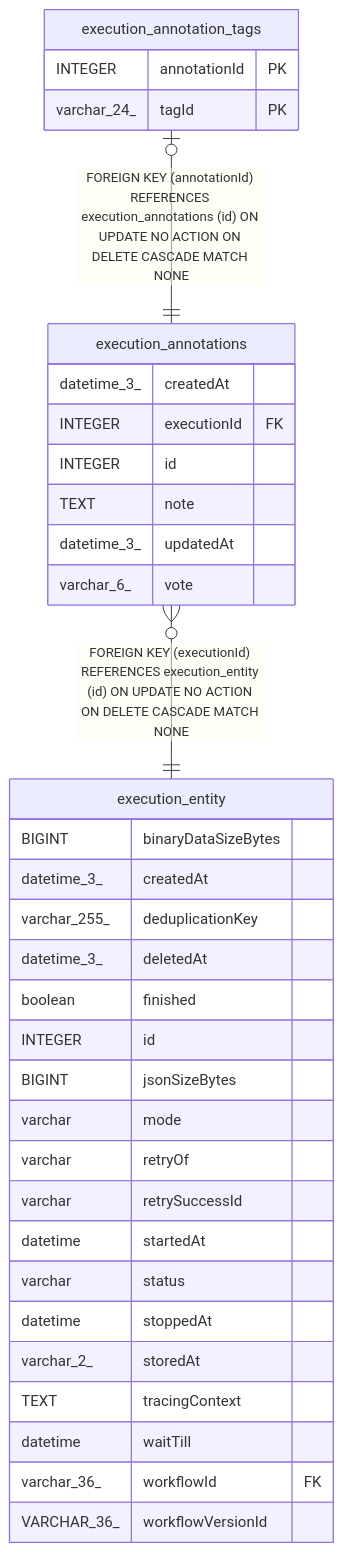
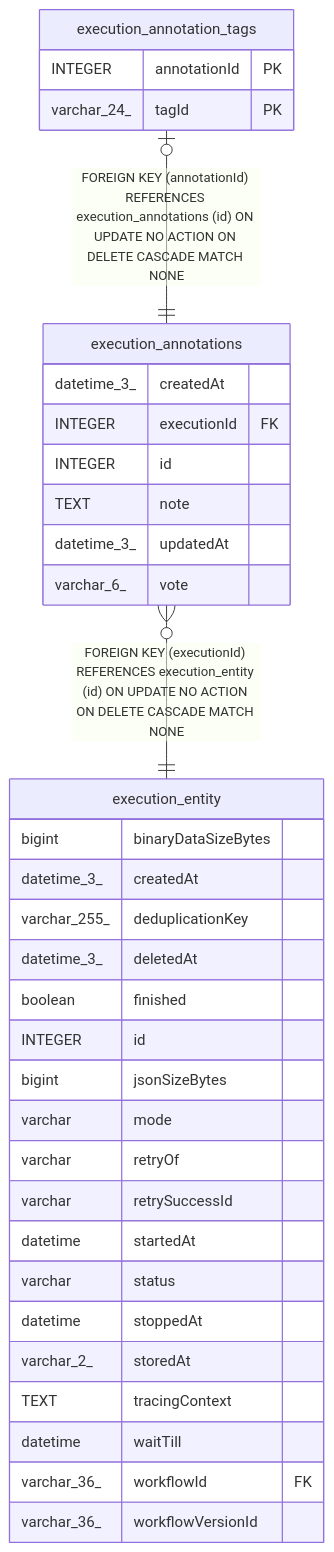
Before and after one commit to mayankjain1815-commits/n8n: the diagram in docs/generated/sqlite-schema/execution_annotations.md, drawn with Mermaid. The commit also changed 31 other files, not shown here.

````diff
--- a/docs/generated/sqlite-schema/execution_annotations.md
+++ b/docs/generated/sqlite-schema/execution_annotations.md
@@ -40,39 +40,39 @@
 ```mermaid
 erDiagram
 
 "execution_annotations" }o--|| "execution_entity" : "FOREIGN KEY (executionId) REFERENCES execution_entity (id) ON UPDATE NO ACTION ON DELETE CASCADE MATCH NONE"
 "execution_annotation_tags" |o--|| "execution_annotations" : "FOREIGN KEY (annotationId) REFERENCES execution_annotations (id) ON UPDATE NO ACTION ON DELETE CASCADE MATCH NONE"
 
 "execution_annotations" {
   datetime_3_ createdAt
   INTEGER executionId FK
   INTEGER id
   TEXT note
   datetime_3_ updatedAt
   varchar_6_ vote
 }
 "execution_entity" {
-  BIGINT binaryDataSizeBytes
+  bigint binaryDataSizeBytes
   datetime_3_ createdAt
   varchar_255_ deduplicationKey
   datetime_3_ deletedAt
   boolean finished
   INTEGER id
-  BIGINT jsonSizeBytes
+  bigint jsonSizeBytes
   varchar mode
   varchar retryOf
   varchar retrySuccessId
   datetime startedAt
   varchar status
   datetime stoppedAt
   varchar_2_ storedAt
   TEXT tracingContext
   datetime waitTill
   varchar_36_ workflowId FK
-  VARCHAR_36_ workflowVersionId
+  varchar_36_ workflowVersionId
 }
 "execution_annotation_tags" {
   INTEGER annotationId PK
   varchar_24_ tagId PK
 }
 ```
````
